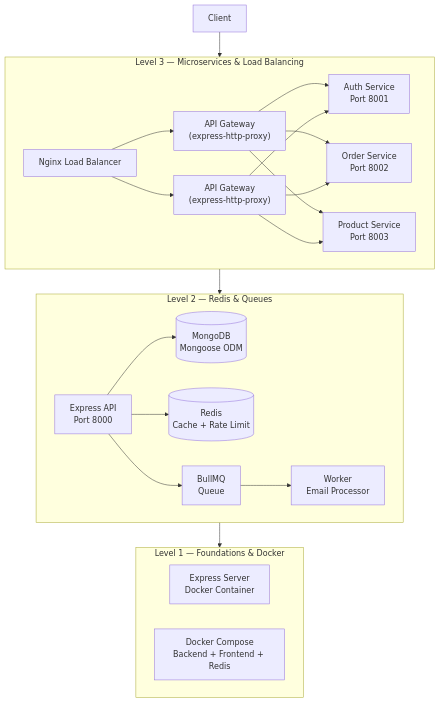
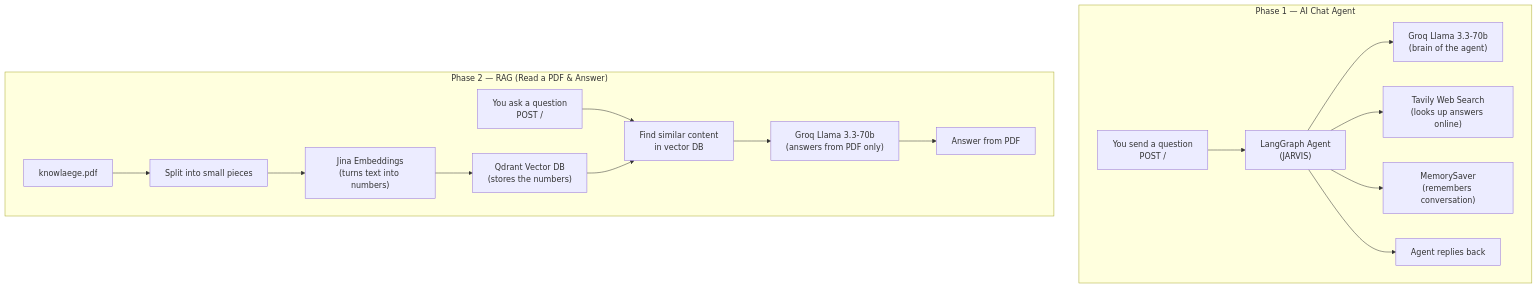
Before and after one commit to rajesh-kayal-dev/advanced-backend-engineering: the first of 2 diagrams in README.md, drawn with Mermaid. The commit also changed other lines of this file and 10 other files, not shown here.

````diff
--- a/README.md
+++ b/README.md
@@ -9,35 +34,20 @@
 ```mermaid
 graph TB
-    subgraph Level3["Level 3 — Microservices & Load Balancing"]
-        LB["Nginx Load Balancer"]
-        GW1["API Gateway<br/>(express-http-proxy)"]
-        GW2["API Gateway<br/>(express-http-proxy)"]
-        AS["Auth Service<br/>Port 8001"]
-        OS["Order Service<br/>Port 8002"]
-        PS["Product Service<br/>Port 8003"]
-        LB --> GW1 & GW2
-        GW1 --> AS & OS & PS
-        GW2 --> AS & OS & PS
+    subgraph Phase1["Phase 1 — AI Chat Agent"]
+        C1["You send a question<br/>POST /"] --> AGENT["LangGraph Agent<br/>(JARVIS)"]
+        AGENT --> LLM1["Groq Llama 3.3-70b<br/>(brain of the agent)"]
+        AGENT --> SEARCH["Tavily Web Search<br/>(looks up answers online)"]
+        AGENT --> MEMORY["MemorySaver<br/>(remembers conversation)"]
+        AGENT --> R1["Agent replies back"]
     end
 
-    subgraph Level2["Level 2 — Redis & Queues"]
-        API2["Express API<br/>Port 8000"]
-        MDB[(MongoDB<br/>Mongoose ODM)]
-        RDS[("Redis<br/>Cache + Rate Limit")]
-        BQ["BullMQ<br/>Queue"]
-        WK["Worker<br/>Email Processor"]
-        API2 --> MDB
-        API2 --> RDS
-        API2 --> BQ
-        BQ --> WK
+    subgraph Phase2["Phase 2 — RAG (Read a PDF & Answer)"]
+        PDF["knowlaege.pdf"] --> CHUNK["Split into small pieces"]
+        CHUNK --> EMBED["Jina Embeddings<br/>(turns text into numbers)"]
+        EMBED --> VECTOR["Qdrant Vector DB<br/>(stores the numbers)"]
+        C2["You ask a question<br/>POST /"] --> SEARCH2["Find similar content<br/>in vector DB"]
+        VECTOR --> SEARCH2
+        SEARCH2 --> LLM2["Groq Llama 3.3-70b<br/>(answers from PDF only)"]
+        LLM2 --> R2["Answer from PDF"]
     end
-
-    subgraph Level1["Level 1 — Foundations & Docker"]
-        S1["Express Server<br/>Docker Container"]
-        S2["Docker Compose<br/>Backend + Frontend + Redis"]
-    end
-
-    Client["Client"] --> Level3
-    Level3 --> Level2
-    Level2 --> Level1
 ```
````
